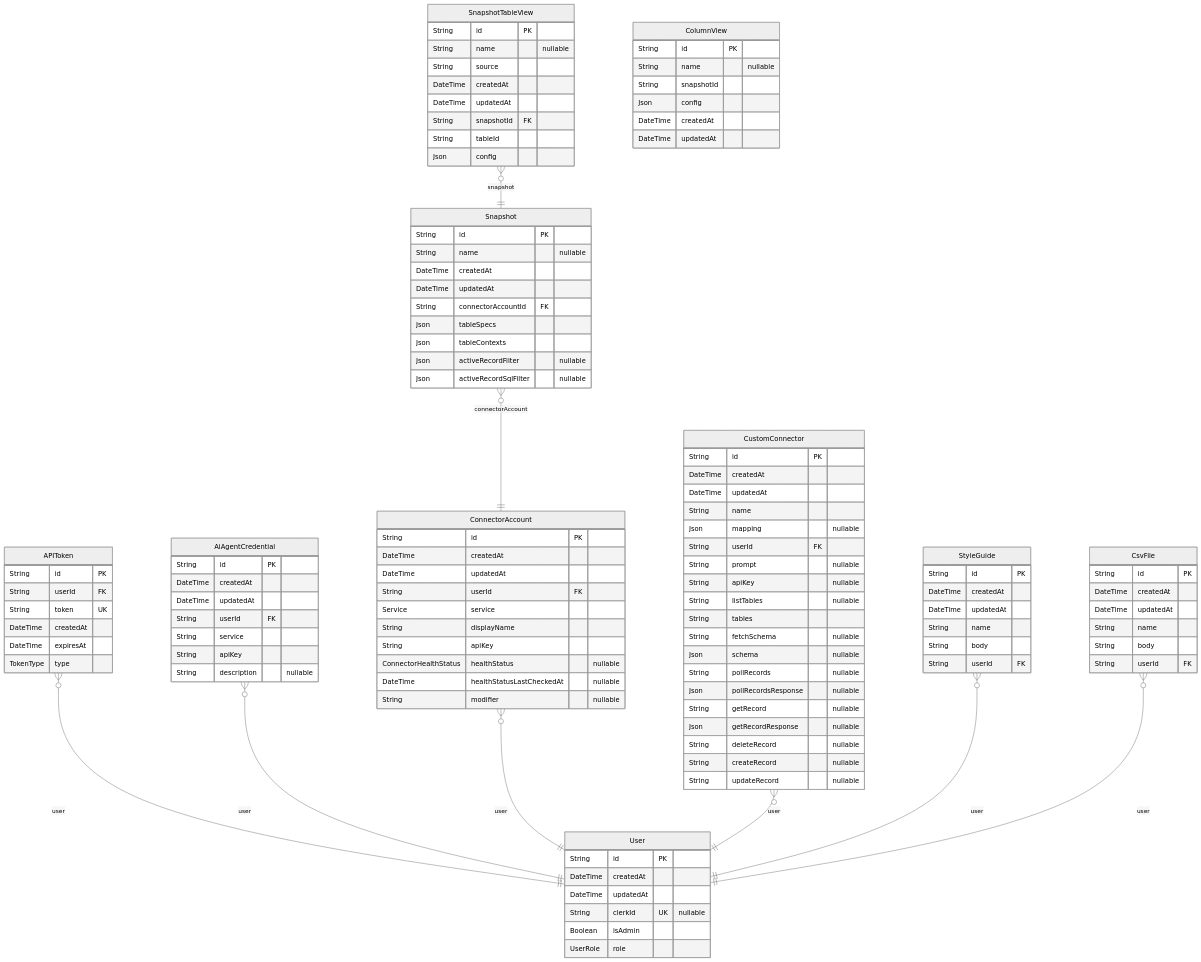
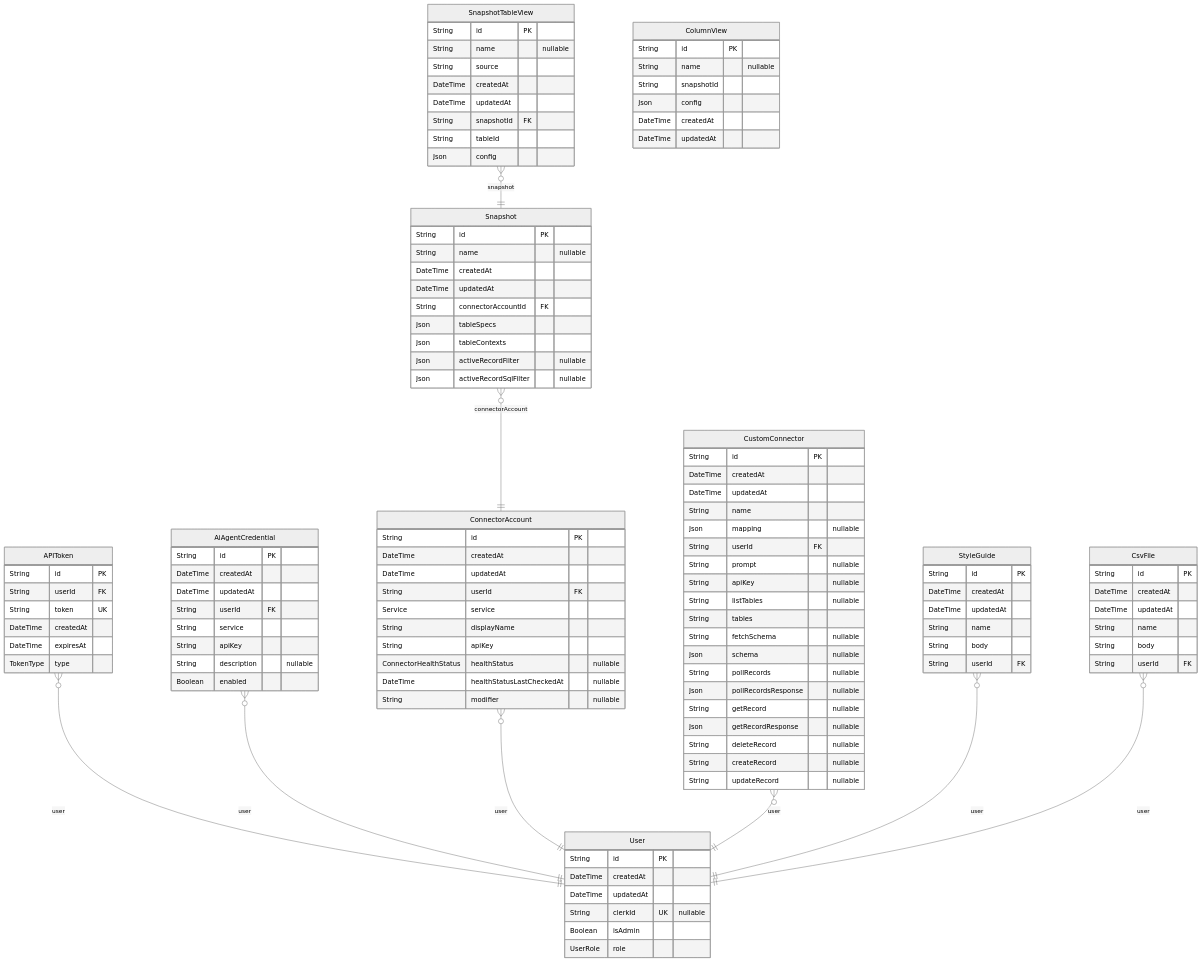
The diagram in server/prisma/ERD.md (whalesync/scratch-cli), drawn with Mermaid (neutral theme) before and after one commit. The commit also changed other lines of this file and 7 other files, not shown here.

```diff
--- a/server/prisma/ERD.md
+++ b/server/prisma/ERD.md
@@ -32,6 +32,7 @@
   String service
   String apiKey
   String description "nullable"
+  Boolean enabled
 }
 "ConnectorAccount" {
   String id PK
```
